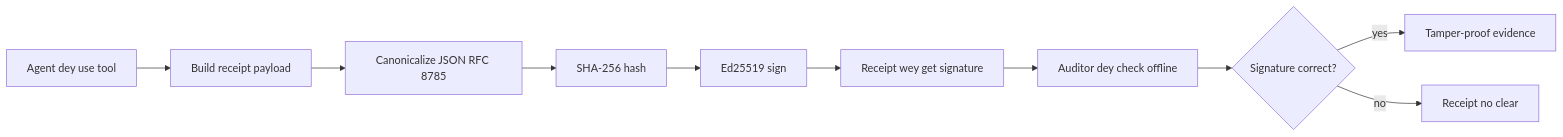
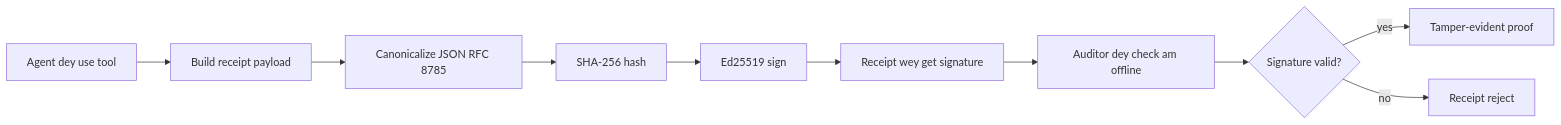
One commit to gabrielmoreira/agent-skills-mirror changed the first of 2 diagrams in mirrors/repos/microsoft@ai-agents-for-beginners/translations/pcm/18-securing-ai-agents/README.md. Above: the diagram before and after it, drawn with Mermaid. The commit also changed other lines of this file and 2285 other files, not shown here.

````diff
--- a/mirrors/repos/microsoft@ai-agents-for-beginners/translations/pcm/18-securing-ai-agents/README.md
+++ b/mirrors/repos/microsoft@ai-agents-for-beginners/translations/pcm/18-securing-ai-agents/README.md
@@ -51,12 +51,12 @@
 ```mermaid
 flowchart LR
     A[Agent dey use tool] --> B[Build receipt payload]
     B --> C[Canonicalize JSON RFC 8785]
     C --> D[SHA-256 hash]
     D --> E[Ed25519 sign]
     E --> F[Receipt wey get signature]
-    F --> G[Auditor dey check offline]
-    G --> H{Signature correct?}
-    H -- yes --> I[Tamper-proof evidence]
-    H -- no --> J[Receipt no clear]
+    F --> G[Auditor dey check am offline]
+    G --> H{Signature valid?}
+    H -- yes --> I[Tamper-evident proof]
+    H -- no --> J[Receipt reject]
 ```
````
